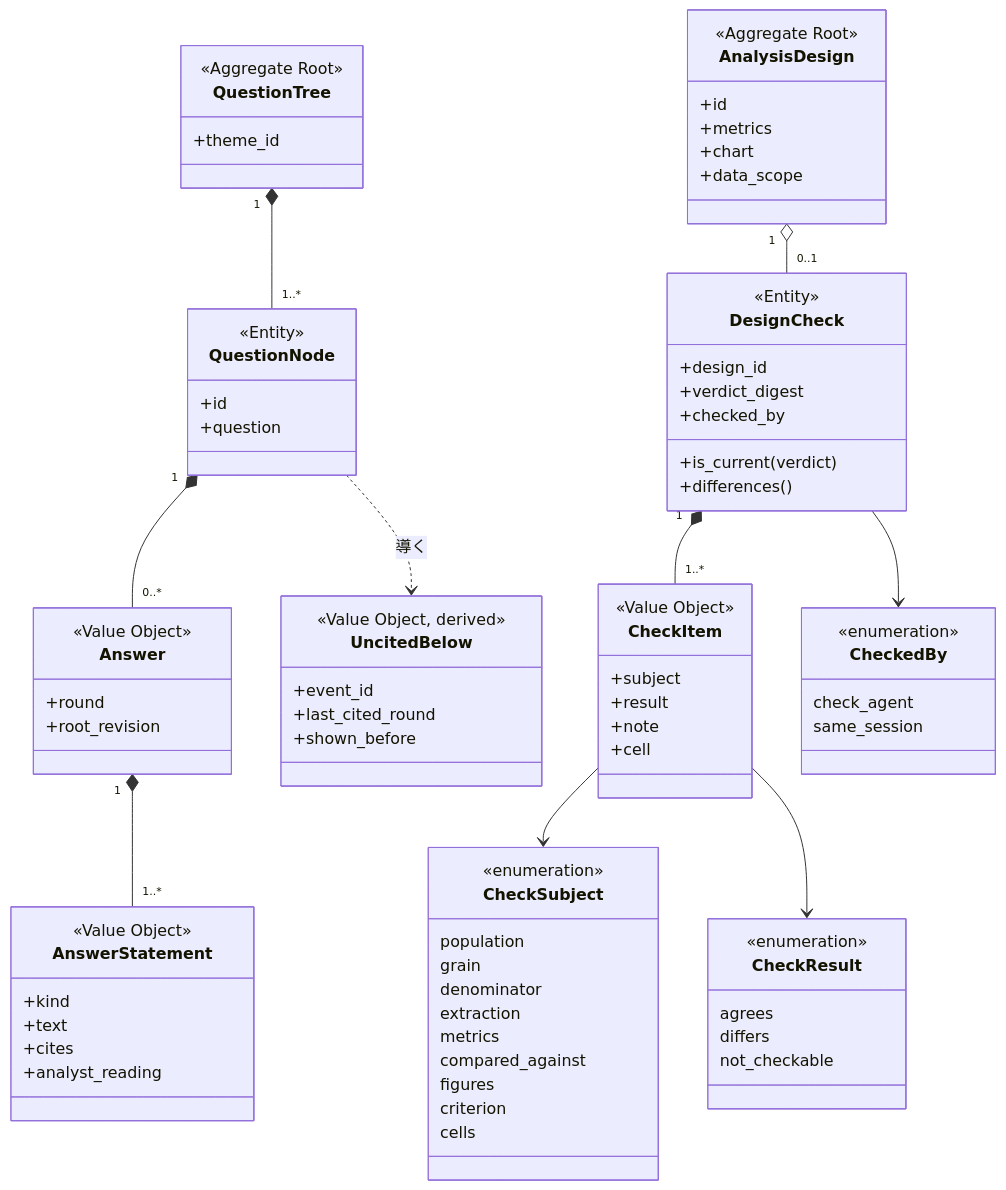
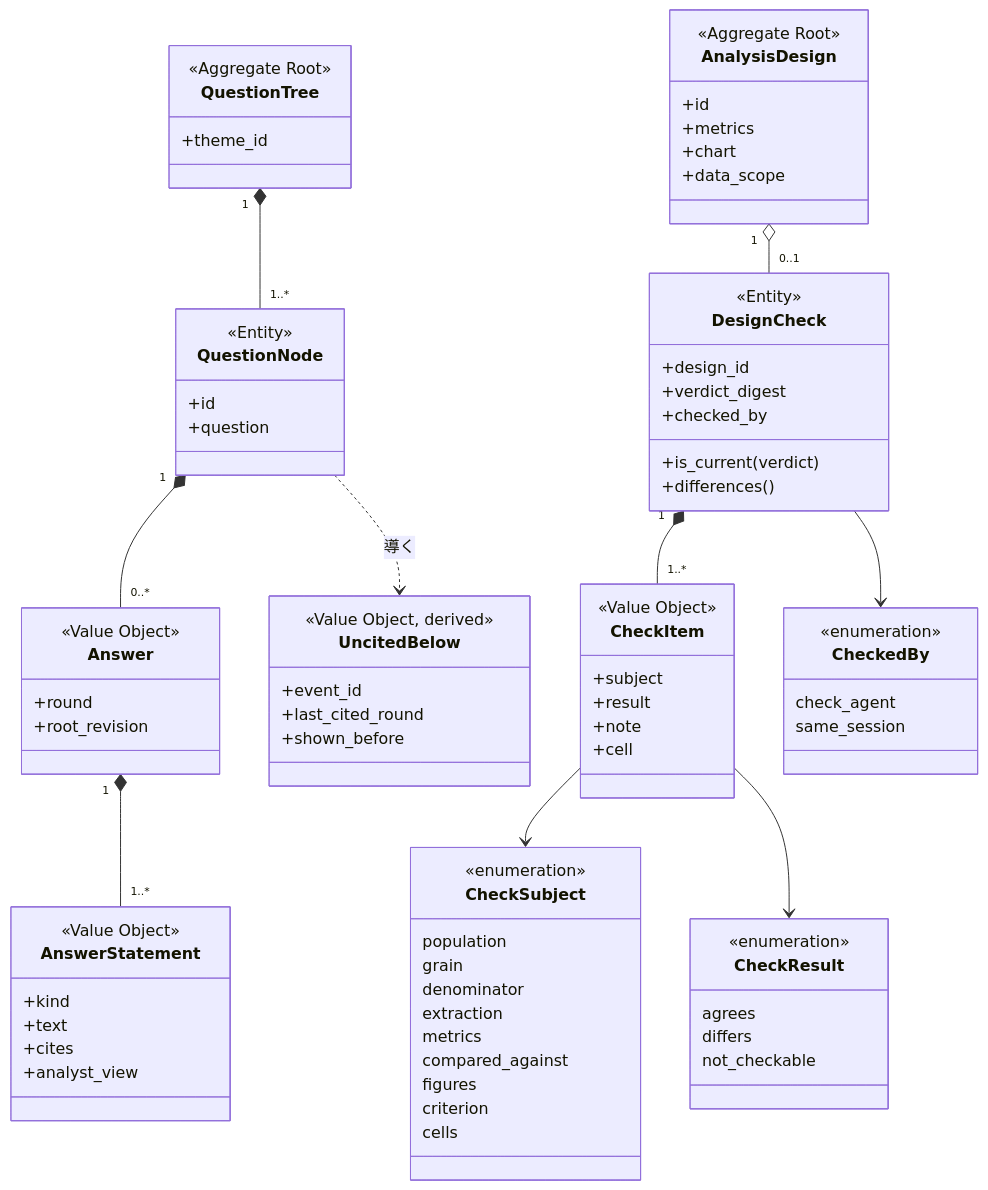
The second of 5 diagrams in docs/design/epic-36-before-the-analyst-answers.md (etoyama/insight-blueprint-skills), drawn with Mermaid before and after one commit. The commit also changed other lines of this file and 6 other files, not shown here.

```diff
--- a/docs/design/epic-36-before-the-analyst-answers.md
+++ b/docs/design/epic-36-before-the-analyst-answers.md
@@ -337,7 +340,7 @@
         +kind
         +text
         +cites
-        +analyst_reading
+        +analyst_view
     }
     class UncitedBelow {
         <<Value Object, derived>>
```
